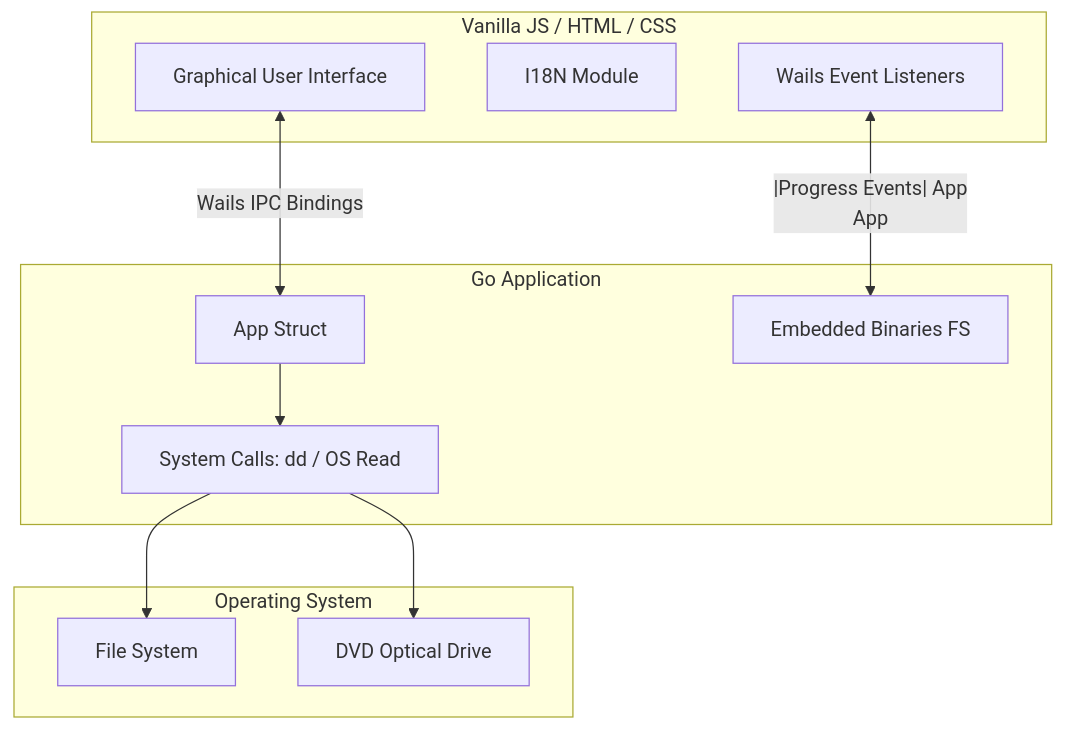
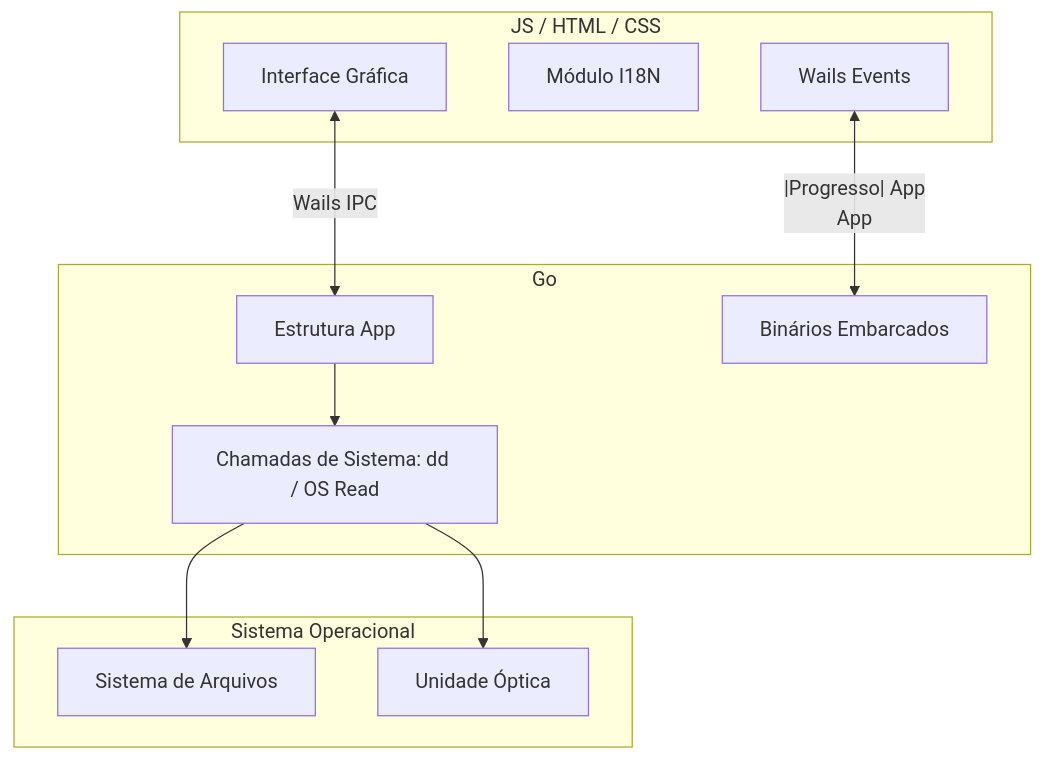
The diagram in README.md (erascardsilva/xboxforgod), drawn with Mermaid before and after one commit. The commit also changed other lines of this file, not shown here.

````diff
--- a/README.md
+++ b/README.md
@@ -31,26 +31,26 @@
 ```mermaid
 graph TD
-    subgraph Frontend [Vanilla JS / HTML / CSS]
-        UI[Graphical User Interface]
-        I18N[I18N Module]
-        Events[Wails Event Listeners]
+    subgraph Frontend [JS / HTML / CSS]
+        UI[Interface Gráfica]
+        I18N[Módulo I18N]
+        Events[Wails Events]
     end
 
-    subgraph Backend [Go Application]
-        App[App Struct]
-        Embed[Embedded Binaries FS]
-        Syscall[System Calls: dd / OS Read]
+    subgraph Backend [Go]
+        App[Estrutura App]
+        Embed[Binários Embarcados]
+        Syscall[Chamadas de Sistema: dd / OS Read]
     end
     
-    subgraph Host OS [Operating System]
-        FS[File System]
-        DVD[DVD Optical Drive]
+    subgraph Host OS [Sistema Operacional]
+        FS[Sistema de Arquivos]
+        DVD[Unidade Óptica]
     end
 
-    UI <-->|Wails IPC Bindings| App
-    Events <--|Progress Events| App
+    UI <-->|Wails IPC| App
+    Events <--|Progresso| App
     App --> Embed
     App --> Syscall
     Syscall --> FS
     Syscall --> DVD
 ```
````
